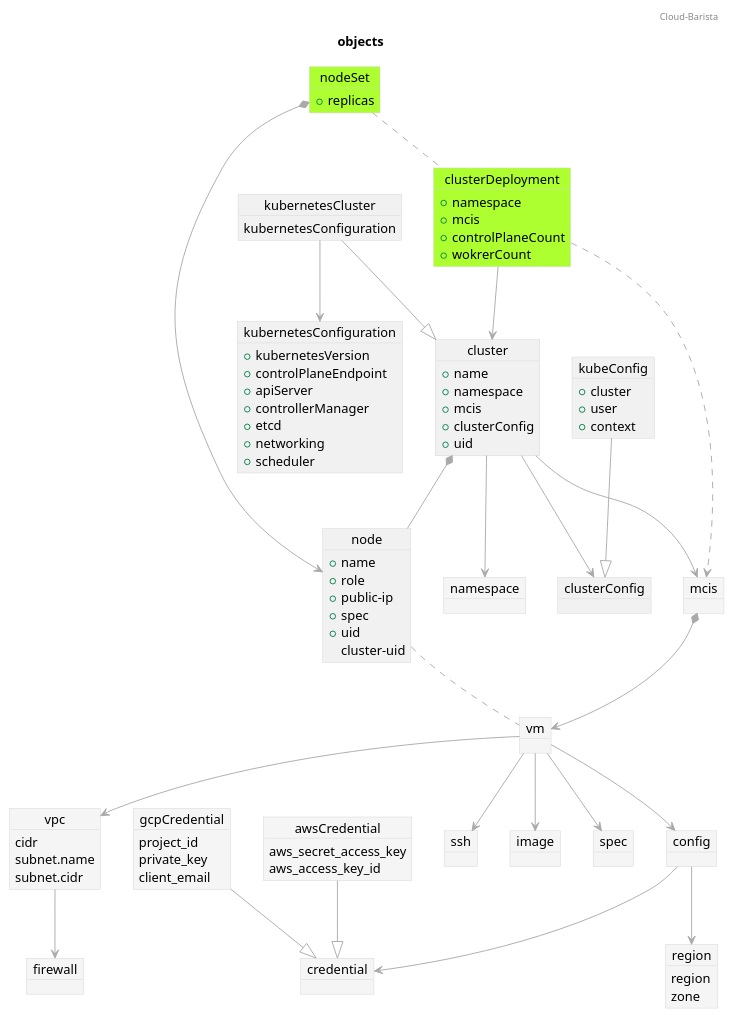
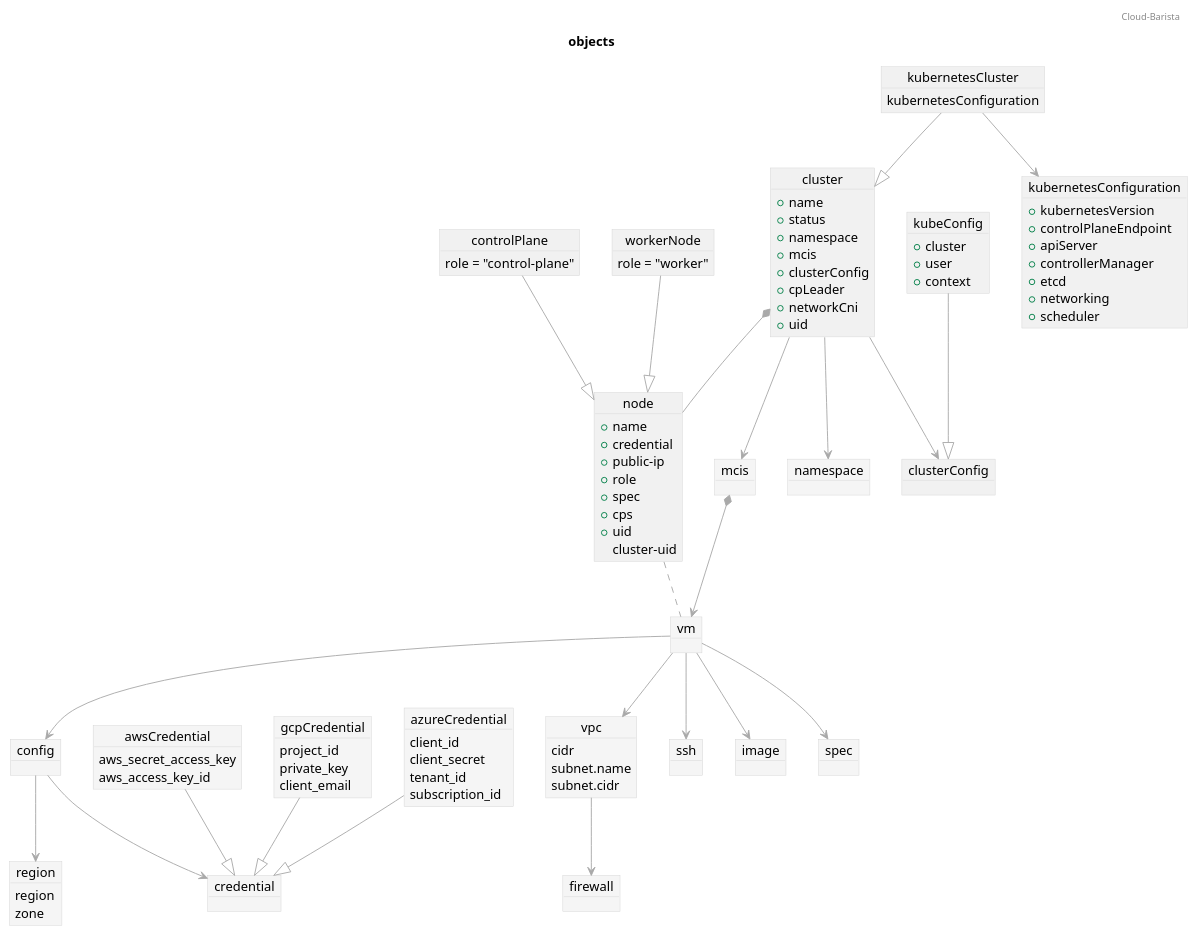
Before and after one commit to cloud-barista/cloud-barista: the diagram in cb-ladybug/docs/design/objects.puml, drawn with PlantUML. The commit also changed 2027 other files, not shown here.

```diff
--- a/cb-ladybug/docs/design/objects.puml
+++ b/cb-ladybug/docs/design/objects.puml
@@ -1,135 +1,156 @@
-@@startuml
+@startuml
 
 header Cloud-Barista
 title objects
 skinparam object {
 	' backgroundColor	GreenYellow
 	ArrowColor		DarkGray
 	BorderColor		LightGray
 }
 
 ' # spider ----------------
 object region #WhiteSmoke {
 	region
 	zone
 }
 object credential #WhiteSmoke {
 }
 object awsCredential #WhiteSmoke {
 	aws_secret_access_key
 	aws_access_key_id
 }
 object gcpCredential #WhiteSmoke {
 	project_id
 	private_key
 	client_email
 }
+object azureCredential #WhiteSmoke {
+	client_id
+	client_secret
+	tenant_id	
+	subscription_id
+}
+
 object config #WhiteSmoke {
 }
 object vm #WhiteSmoke {
 }
 ' }
 awsCredential	--|>	credential
 gcpCredential	--|>	credential
+azureCredential	--|>	credential
 config			-->		credential
 config			-->		region
 
 ' # tumblebug ----------------
 object namespace #WhiteSmoke {
 }
 object vpc #WhiteSmoke {
 	cidr
 	subnet.name
 	subnet.cidr
 }
 object firewall #WhiteSmoke {
 }
 object ssh #WhiteSmoke {
 }
 object image #WhiteSmoke {
 }
 object spec #WhiteSmoke {
 }
 object mcis #WhiteSmoke {
 }
 
 vpc		-->		firewall
 vm		-->		vpc
 vm		-->		config
 vm		-->		ssh
 vm		-->		image
 vm		-->		spec
 mcis	*-->	vm
 
 
 ' # ladybug ----------------
 object cluster {
 	+name
+	+status
 	+namespace
 	+mcis
 	+clusterConfig
+	+cpLeader
+	+networkCni
 	+uid
 }
 object kubernetesCluster {
 	kubernetesConfiguration
 }
 
 object kubernetesConfiguration {
 	+kubernetesVersion
 	+controlPlaneEndpoint
 	+apiServer
 	+controllerManager
 	+etcd
 	+networking
 	+scheduler
 }
 object node  {
 	+name
+	+credential
+	+public-ip
 	+role
-	+public-ip
 	+spec
+	+cps
 	+uid
 	cluster-uid
 }
+object controlPlane  {
+	role = "control-plane"
+}
+object workerNode  {
+	role = "worker"
+}
+
+controlPlane	--|>	node
+workerNode		--|>	node
+
 
 object clusterConfig  {
 }
 
 object kubeConfig  {
 	+cluster
 	+user
 	+context
 }
 
 cluster		-->	 	namespace
 cluster		*--		node
 cluster		-->		mcis
 cluster		-->		clusterConfig
 
 kubernetesCluster	--|>	cluster
 kubernetesCluster	-->		kubernetesConfiguration
 node				..		vm
 
 kubeConfig		--|>	clusterConfig
 
 
+'' # ladybug controller ----------------
+'object clusterDeployment #GreenYellow {
+'	+namespace
+'	+mcis
+'	+controlPlaneCount
+'	+wokrerCount
+'}
+'object nodeSet #GreenYellow {
+'	+replicas
+'}
 
 
-' # ladybug controller ----------------
-object clusterDeployment #GreenYellow {
-	+namespace
-	+mcis
-	+controlPlaneCount
-	+wokrerCount
-}
-object nodeSet #GreenYellow {
-	+replicas
-}
+'clusterDeployment	-->		cluster
+'clusterDeployment	..>		mcis
+'nodeSet				*-->	node
+'nodeSet				..		clusterDeployment
 
-
-clusterDeployment	-->		cluster
-clusterDeployment	..>		mcis
-nodeSet				*-->	node
-nodeSet				..		clusterDeployment
-
-@@enduml
+@enduml
```
